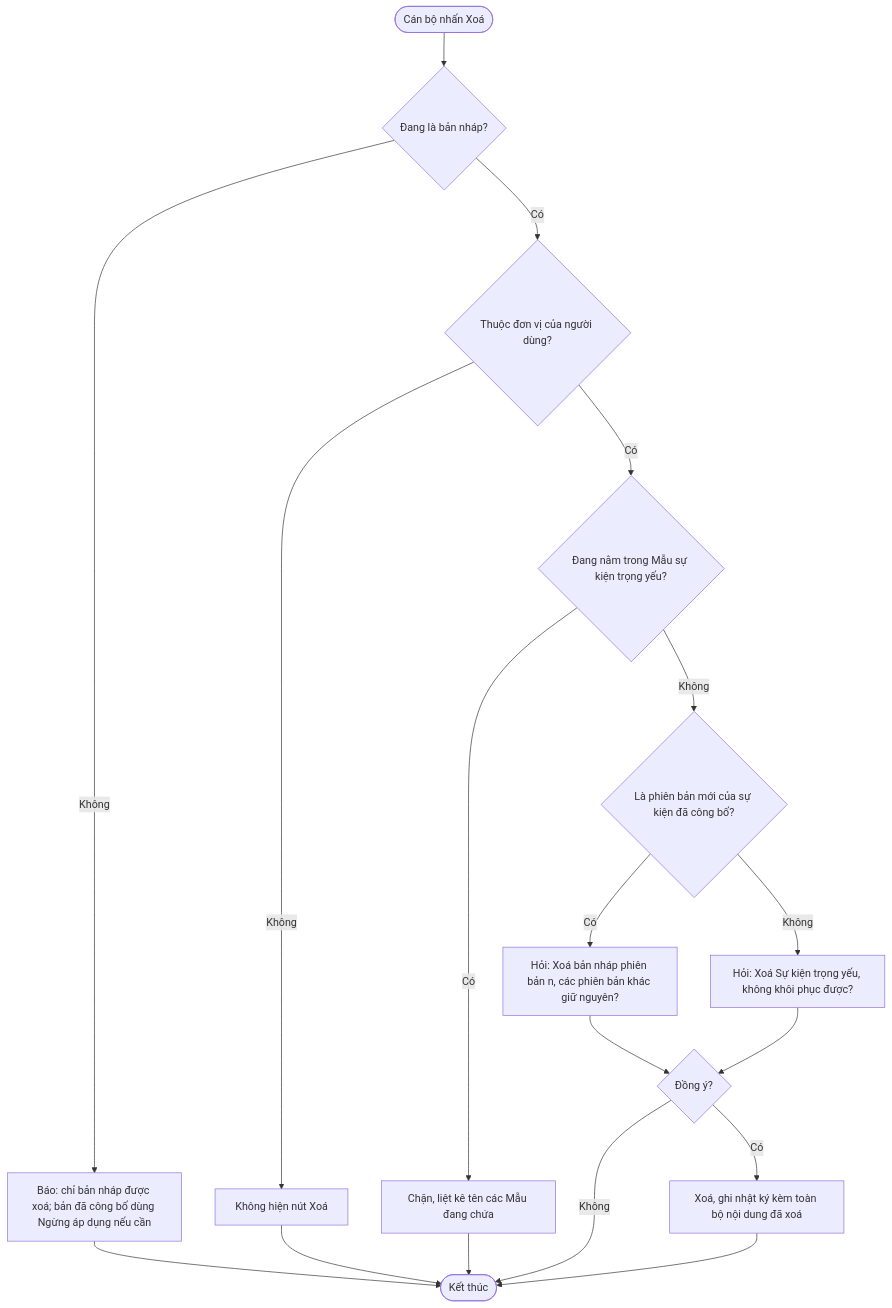
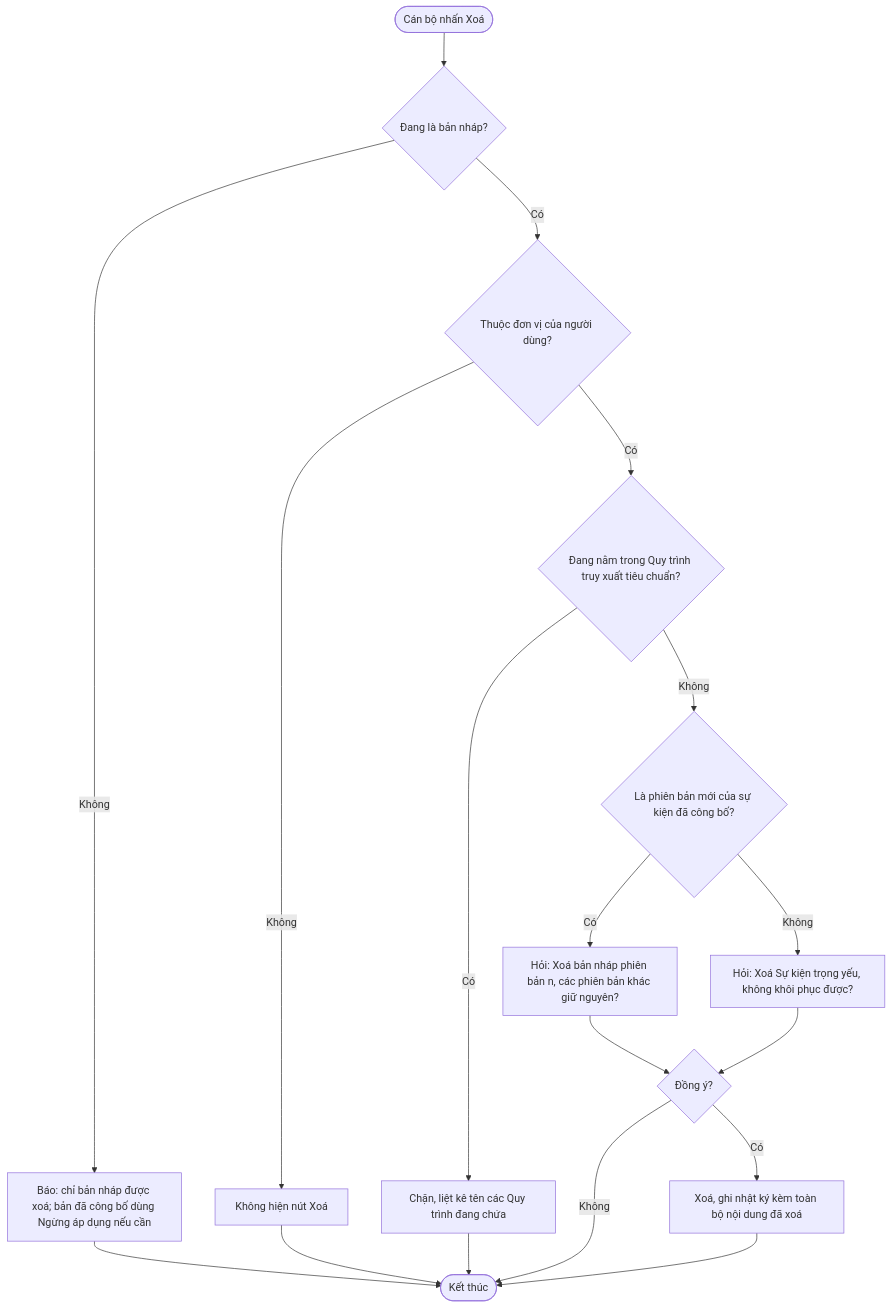
Before and after one commit to cuongnh-rd/ndatrace-attp: the eighth of 17 diagrams in docs/prd/PRD-Xay-dung-Su-kien-trong-yeu.md, drawn with Mermaid. The commit also changed other lines of this file and 17 other files, not shown here.

First line of the commit message:
docs: đổi tên Mẫu sự kiện trọng yếu thành Quy trình truy xuất tiêu chuẩn theo Nghị định

````diff
--- a/docs/prd/PRD-Xay-dung-Su-kien-trong-yeu.md
+++ b/docs/prd/PRD-Xay-dung-Su-kien-trong-yeu.md
@@ -754,16 +754,16 @@
 ```mermaid
 flowchart TD
     A([Cán bộ nhấn Xoá]) --> B{Đang là bản nháp?}
     B -- Không --> X1[Báo: chỉ bản nháp được xoá; bản đã công bố dùng Ngừng áp dụng nếu cần] --> Z([Kết thúc])
     B -- Có --> C{Thuộc đơn vị của người dùng?}
     C -- Không --> X2[Không hiện nút Xoá] --> Z
-    C -- Có --> D{Đang nằm trong Mẫu sự kiện trọng yếu?}
-    D -- Có --> X3[Chặn, liệt kê tên các Mẫu đang chứa] --> Z
+    C -- Có --> D{Đang nằm trong Quy trình truy xuất tiêu chuẩn?}
+    D -- Có --> X3[Chặn, liệt kê tên các Quy trình đang chứa] --> Z
     D -- Không --> E{Là phiên bản mới của sự kiện đã công bố?}
     E -- Có --> F[Hỏi: Xoá bản nháp phiên bản n, các phiên bản khác giữ nguyên?]
     E -- Không --> G[Hỏi: Xoá Sự kiện trọng yếu, không khôi phục được?]
     F --> H{Đồng ý?}
     G --> H
     H -- Không --> Z
     H -- Có --> I[Xoá, ghi nhật ký kèm toàn bộ nội dung đã xoá] --> Z
 ```
````
